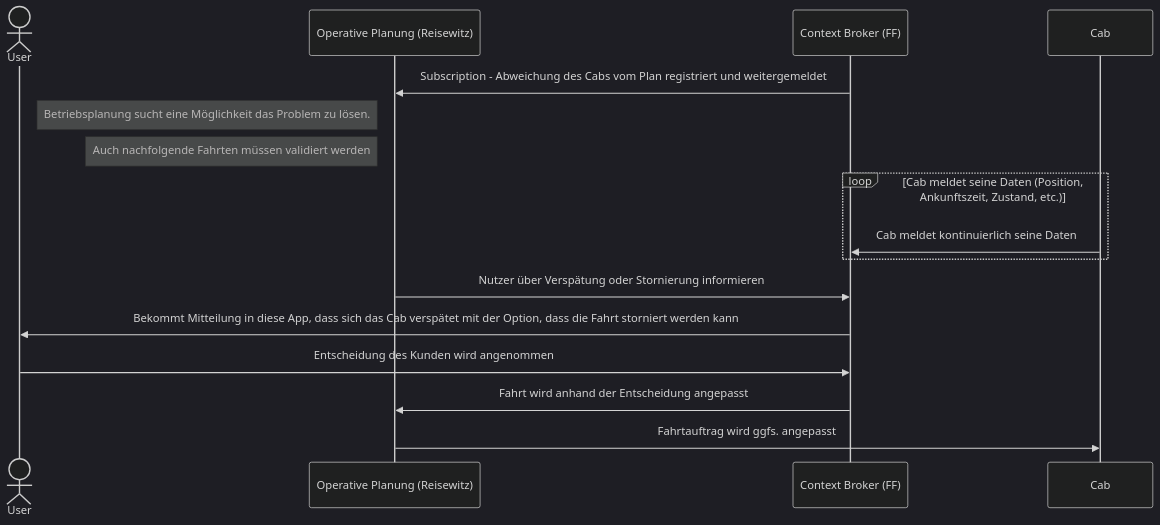
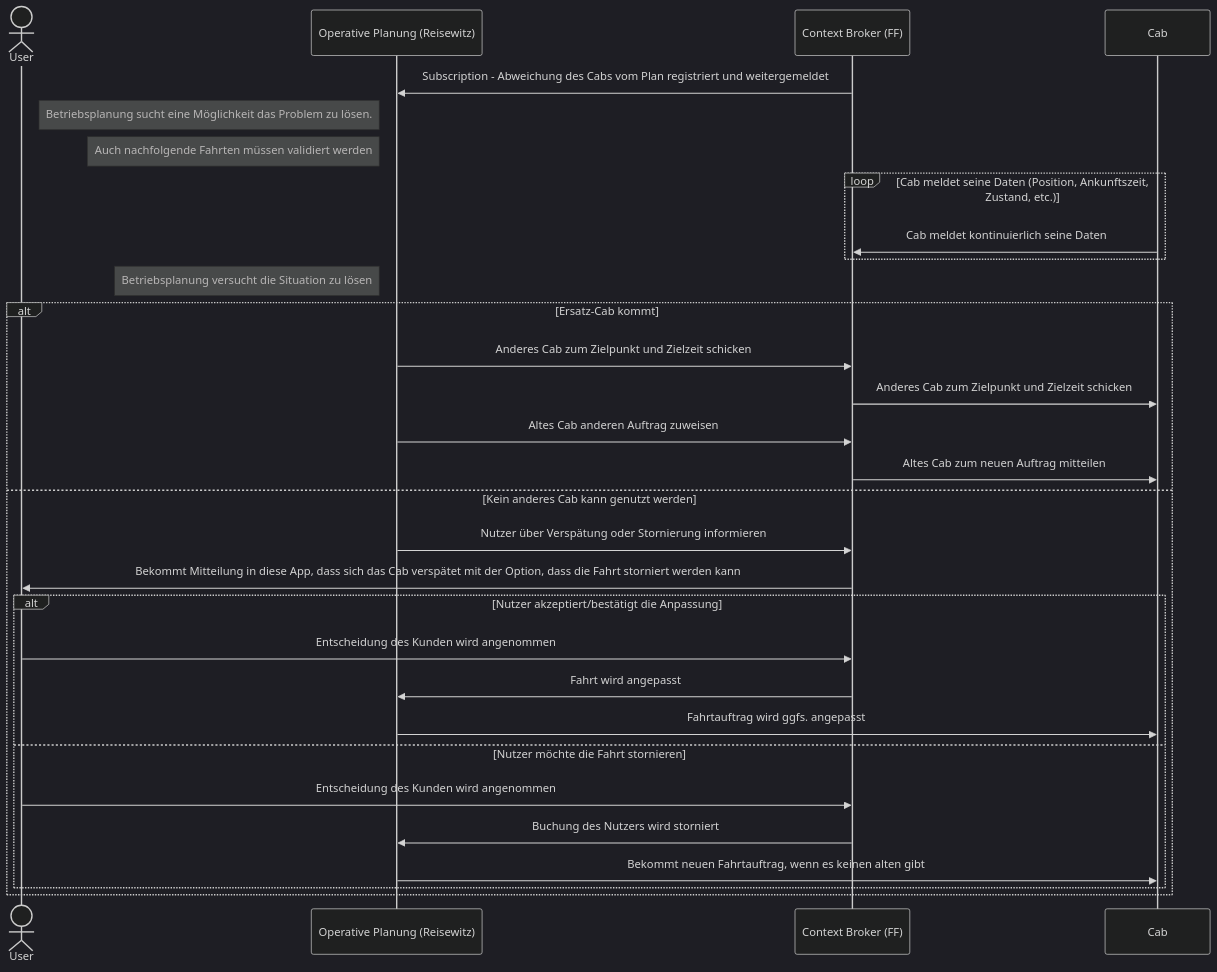
One commit to NeMo-bil/documentation changed the third of 3 diagrams in README.md. Above: the diagram before and after it, drawn with Mermaid (dark theme).

Commit message:
Anpassung Fahrtausfälle

````diff
--- a/README.md
+++ b/README.md
@@ -148,26 +148,37 @@
 ```mermaid
 sequenceDiagram
 %% auskommentieren wenn wir Details zur Kommunikation aufschreiben
 %% autonumber
 %% Benutzer definieren
 actor User
 %% technische Teilnehmer/Componenten definieren
 participant RW as Operative Planung (Reisewitz)
 participant CB as Context Broker (FF)
 participant Cab
-
 CB->>RW: Subscription - Abweichung des Cabs vom Plan registriert und weitergemeldet 
 Note left of RW: Betriebsplanung sucht eine Möglichkeit das Problem zu lösen.
 Note left of RW: Auch nachfolgende Fahrten müssen validiert werden
-
 loop Cab meldet seine Daten (Position, Ankunftszeit, Zustand, etc.)
 Cab->>CB: Cab meldet kontinuierlich seine Daten
 end
 
-RW->>CB: Nutzer über Verspätung oder Stornierung informieren
-CB->>User: Bekommt Mitteilung in diese App, dass sich das Cab verspätet mit der Option, dass die Fahrt storniert werden kann
-
-User->>CB: Entscheidung des Kunden wird angenommen
-CB->>RW: Fahrt wird anhand der Entscheidung angepasst
-RW->>Cab: Fahrtauftrag wird ggfs. angepasst
+Note left of RW: Betriebsplanung versucht die Situation zu lösen
+alt Ersatz-Cab kommt 
+    RW->>CB: Anderes Cab zum Zielpunkt und Zielzeit schicken
+    CB->>Cab: Anderes Cab zum Zielpunkt und Zielzeit schicken
+    RW->>CB: Altes Cab anderen Auftrag zuweisen
+    CB->>Cab: Altes Cab zum neuen Auftrag mitteilen
+else Kein anderes Cab kann genutzt werden
+    RW->>CB: Nutzer über Verspätung oder Stornierung informieren
+    CB->>User: Bekommt Mitteilung in diese App, dass sich das Cab verspätet mit der Option, dass die Fahrt storniert werden kann
+    alt Nutzer akzeptiert/bestätigt die Anpassung
+        User->>CB: Entscheidung des Kunden wird angenommen
+        CB->>RW: Fahrt wird angepasst
+        RW->>Cab: Fahrtauftrag wird ggfs. angepasst
+    else Nutzer möchte die Fahrt stornieren
+        User->>CB: Entscheidung des Kunden wird angenommen
+        CB->>RW: Buchung des Nutzers wird storniert
+        RW->>Cab: Bekommt neuen Fahrtauftrag, wenn es keinen alten gibt
+    end
+end
 ```
````
